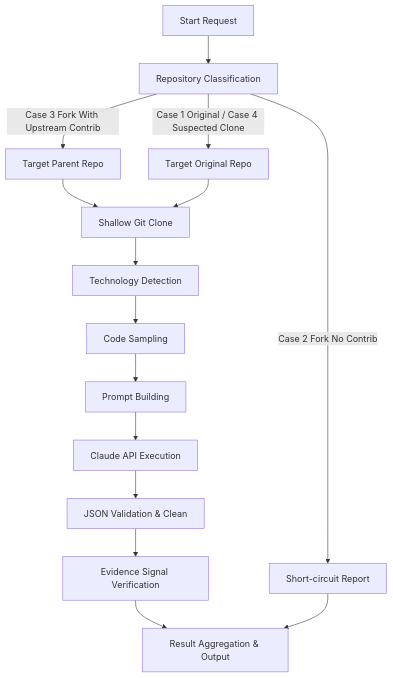
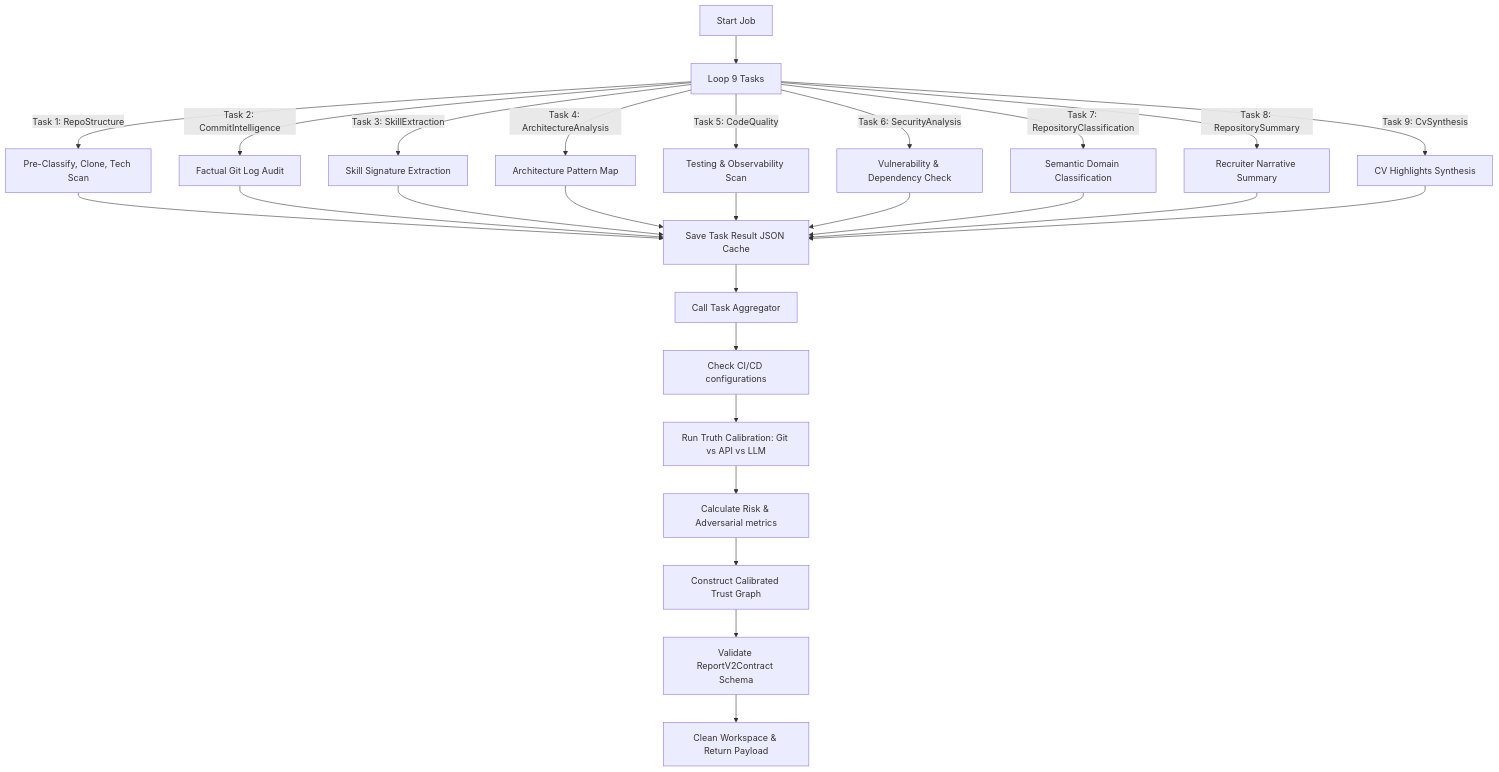
One commit to Kaivian/CVerify changed the diagram in CVerify.AI/docs/ai-observability/pipeline-catalog.md. Above: the diagram before and after it, drawn with Mermaid. The commit also changed other lines of this file and 17 other files, not shown here.

First line of the commit message:
﻿docs(observability): update CVerify.AI docs for discrete task pipeline and v2 schema

````diff
--- a/CVerify.AI/docs/ai-observability/pipeline-catalog.md
+++ b/CVerify.AI/docs/ai-observability/pipeline-catalog.md
@@ -7,17 +7,31 @@
 ```mermaid
 graph TD
-    A[Start Request] --> B[Repository Classification]
-    B -->|Case 2 Fork No Contrib| C[Short-circuit Report]
-    B -->|Case 3 Fork With Upstream Contrib| D[Target Parent Repo]
-    B -->|Case 1 Original / Case 4 Suspected Clone| E[Target Original Repo]
-    D --> F[Shallow Git Clone]
-    E --> F
-    F --> G[Technology Detection]
-    G --> H[Code Sampling]
-    H --> I[Prompt Building]
-    I --> J[Claude API Execution]
-    J --> K[JSON Validation & Clean]
-    K --> L[Evidence Signal Verification]
-    L --> M[Result Aggregation & Output]
-    C --> M
+    A[Start Job] --> B[Loop 9 Tasks]
+    B -->|Task 1: RepoStructure| C[Pre-Classify, Clone, Tech Scan]
+    B -->|Task 2: CommitIntelligence| D[Factual Git Log Audit]
+    B -->|Task 3: SkillExtraction| E[Skill Signature Extraction]
+    B -->|Task 4: ArchitectureAnalysis| F[Architecture Pattern Map]
+    B -->|Task 5: CodeQuality| G[Testing & Observability Scan]
+    B -->|Task 6: SecurityAnalysis| H[Vulnerability & Dependency Check]
+    B -->|Task 7: RepositoryClassification| I[Semantic Domain Classification]
+    B -->|Task 8: RepositorySummary| J[Recruiter Narrative Summary]
+    B -->|Task 9: CvSynthesis| K[CV Highlights Synthesis]
+
+    C --> L[Save Task Result JSON Cache]
+    D --> L
+    E --> L
+    F --> L
+    G --> L
+    H --> L
+    I --> L
+    J --> L
+    K --> L
+    
+    L --> M[Call Task Aggregator]
+    M --> N[Check CI/CD configurations]
+    N --> O[Run Truth Calibration: Git vs API vs LLM]
+    O --> P[Calculate Risk & Adversarial metrics]
+    P --> Q[Construct Calibrated Trust Graph]
+    Q --> R[Validate ReportV2Contract Schema]
+    R --> S[Clean Workspace & Return Payload]
 ```
````
